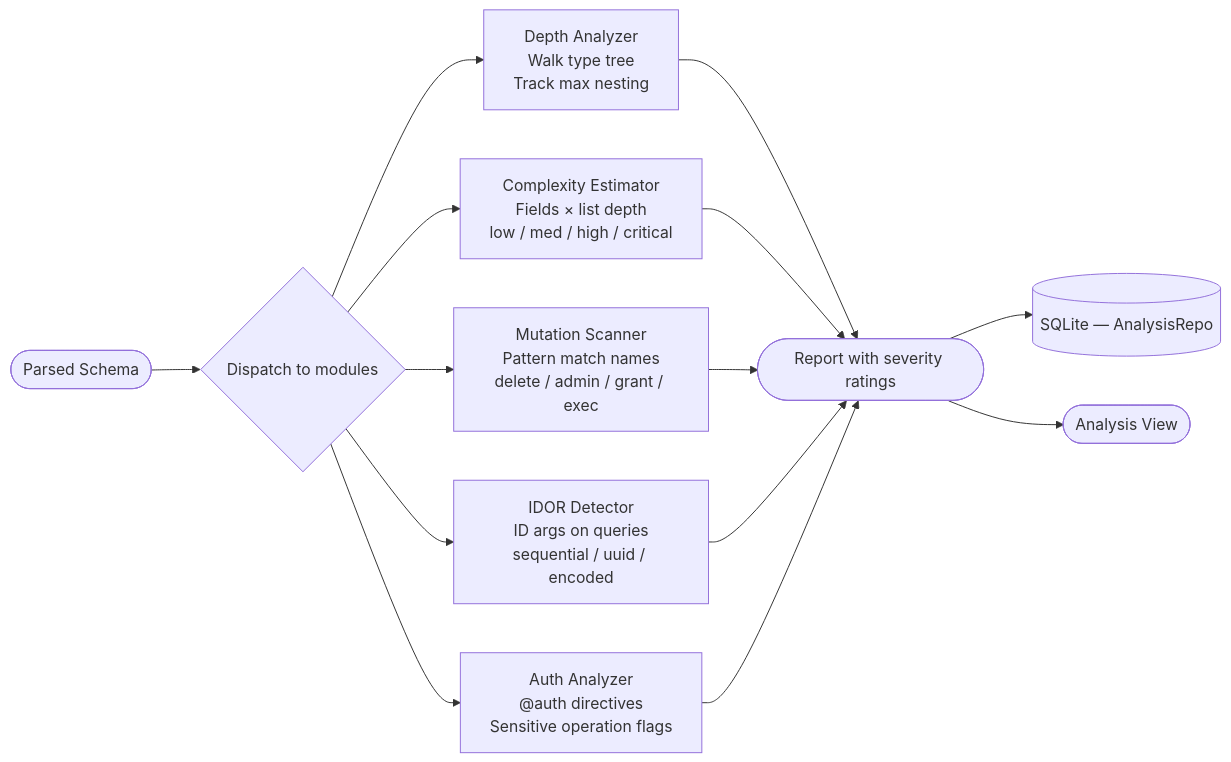
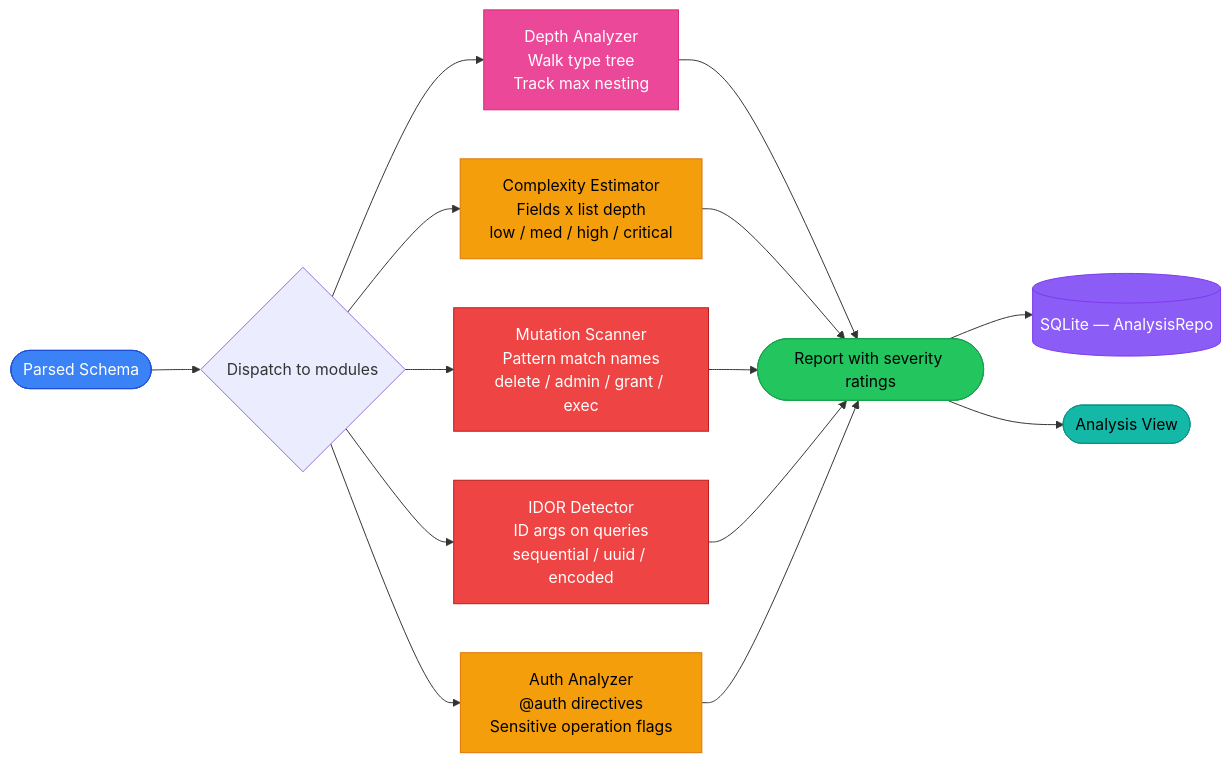
One commit to 0xDTC/0xGQLForge changed the seventh of 8 diagrams in README.md. Above: the diagram before and after it, drawn with Mermaid. The commit also changed other lines of this file and 9 other files, not shown here.

````diff
--- a/README.md
+++ b/README.md
@@ -344,14 +484,24 @@
 ```mermaid
 flowchart LR
     SCHEMA([Parsed Schema]) --> SPLIT{Dispatch to modules}
 
     SPLIT --> DEPTH[Depth Analyzer<br/>Walk type tree<br/>Track max nesting]
-    SPLIT --> COMPLEX[Complexity Estimator<br/>Fields × list depth<br/>low / med / high / critical]
+    SPLIT --> COMPLEX[Complexity Estimator<br/>Fields x list depth<br/>low / med / high / critical]
     SPLIT --> MUTANT[Mutation Scanner<br/>Pattern match names<br/>delete / admin / grant / exec]
     SPLIT --> IDOR[IDOR Detector<br/>ID args on queries<br/>sequential / uuid / encoded]
     SPLIT --> AUTH[Auth Analyzer<br/>@auth directives<br/>Sensitive operation flags]
 
     DEPTH & COMPLEX & MUTANT & IDOR & AUTH --> RESULTS([Report with severity ratings])
     RESULTS --> DB[(SQLite — AnalysisRepo)]
     RESULTS --> UI([Analysis View])
+
+    style SCHEMA fill:#3b82f6,color:#fff,stroke:#1d4ed8
+    style DEPTH fill:#ec4899,color:#fff,stroke:#db2777
+    style COMPLEX fill:#f59e0b,color:#000,stroke:#d97706
+    style MUTANT fill:#ef4444,color:#fff,stroke:#b91c1c
+    style IDOR fill:#ef4444,color:#fff,stroke:#b91c1c
+    style AUTH fill:#f59e0b,color:#000,stroke:#d97706
+    style RESULTS fill:#22c55e,color:#000,stroke:#16a34a
+    style DB fill:#8b5cf6,color:#fff,stroke:#7c3aed
+    style UI fill:#14b8a6,color:#000,stroke:#0d9488
 ```
````
